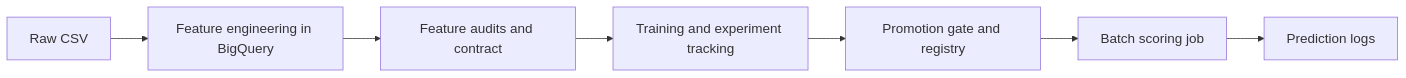
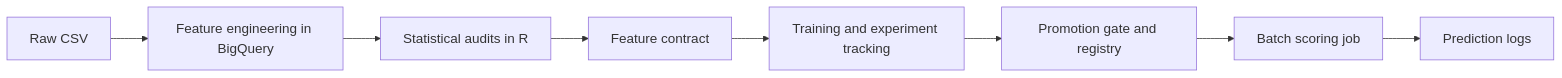
One commit to jjabuk/fraud-detection-mlops changed the first of 2 diagrams in README.md. Above: the diagram before and after it, drawn with Mermaid. The commit also changed other lines of this file and 9 other files, not shown here.

````diff
--- a/README.md
+++ b/README.md
@@ -8,10 +10,11 @@
 ```mermaid
 %%{init: {'theme':'default', 'themeVariables': {'fontSize':'18px'}}}%%
 flowchart LR
     A[Raw CSV] --> B[Feature engineering in BigQuery]
-    B --> C[Feature audits and contract]
-    C --> D[Training and experiment tracking]
-    D --> E[Promotion gate and registry]
-    E --> F[Batch scoring job]
-    F --> G[Prediction logs]
+    B --> C["Statistical audits in R"]
+    C --> D[Feature contract]
+    D --> E[Training and experiment tracking]
+    E --> F[Promotion gate and registry]
+    F --> G[Batch scoring job]
+    G --> H[Prediction logs]
 ```
````
